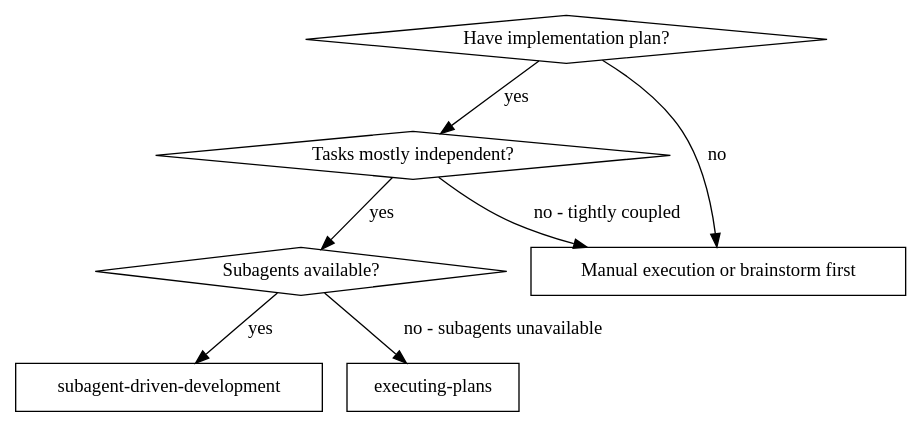
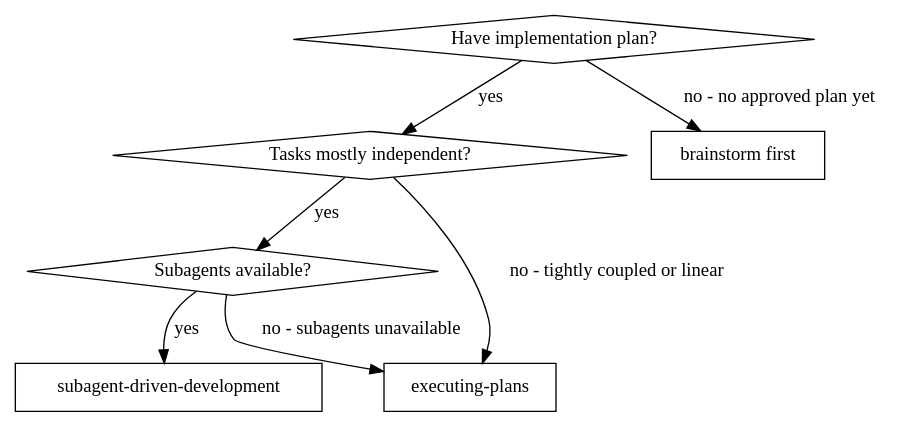
The first of 2 diagrams in skills/subagent-driven-development/SKILL.md (NenadBanjeglav/superpowers-architecture), drawn with Graphviz before and after one commit. The commit also changed 1 other file, not shown here.

Commit message:
fix: make implementation handoff shape-aware

````diff
--- a/skills/subagent-driven-development/SKILL.md
+++ b/skills/subagent-driven-development/SKILL.md
@@ -36,17 +36,17 @@
 ```dot
 digraph when_to_use {
     "Have implementation plan?" [shape=diamond];
     "Tasks mostly independent?" [shape=diamond];
     "Subagents available?" [shape=diamond];
     "subagent-driven-development" [shape=box];
     "executing-plans" [shape=box];
-    "Manual execution or brainstorm first" [shape=box];
+    "brainstorm first" [shape=box];
 
     "Have implementation plan?" -> "Tasks mostly independent?" [label="yes"];
-    "Have implementation plan?" -> "Manual execution or brainstorm first" [label="no"];
+    "Have implementation plan?" -> "brainstorm first" [label="no - no approved plan yet"];
     "Tasks mostly independent?" -> "Subagents available?" [label="yes"];
-    "Tasks mostly independent?" -> "Manual execution or brainstorm first" [label="no - tightly coupled"];
+    "Tasks mostly independent?" -> "executing-plans" [label="no - tightly coupled or linear"];
     "Subagents available?" -> "subagent-driven-development" [label="yes"];
     "Subagents available?" -> "executing-plans" [label="no - subagents unavailable"];
 }
 ```
````
